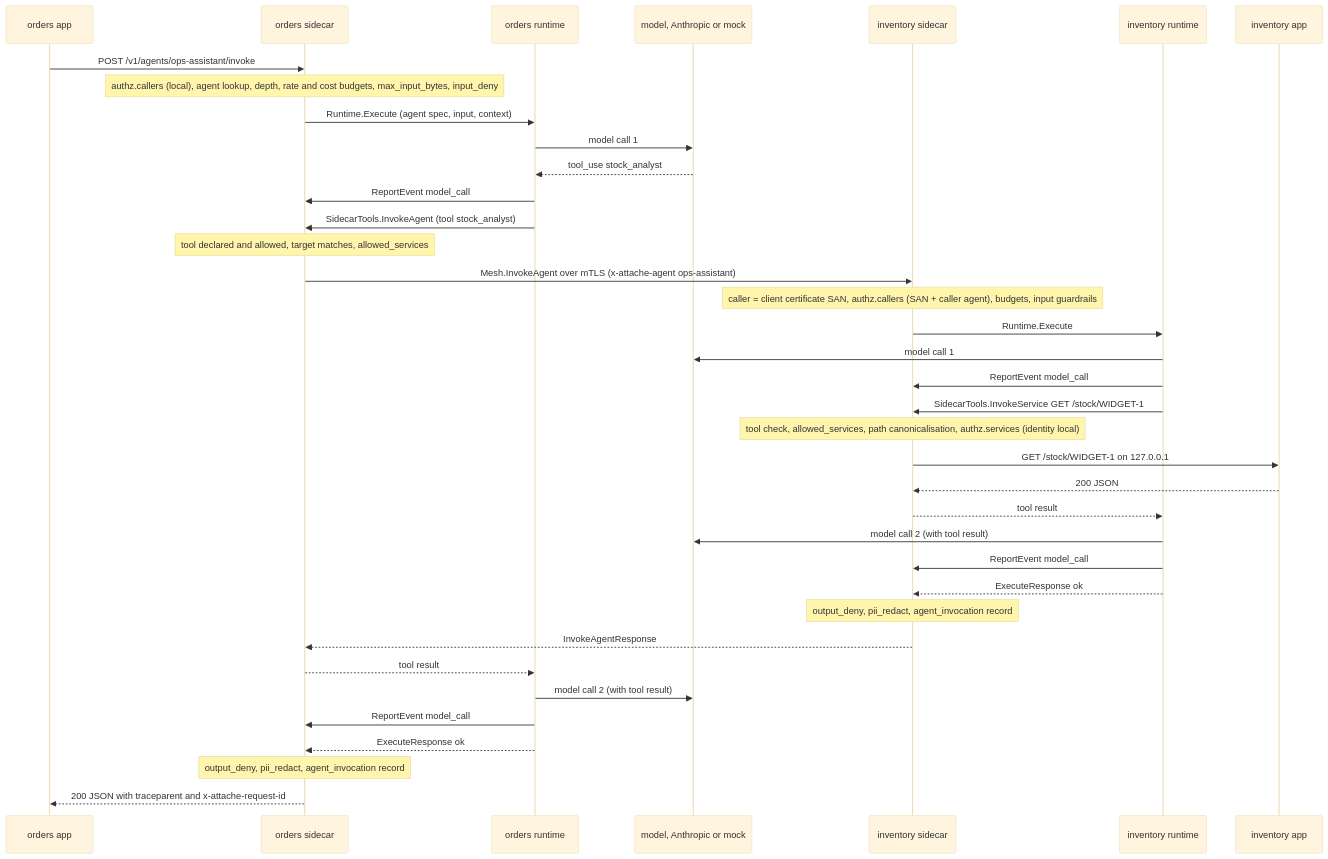
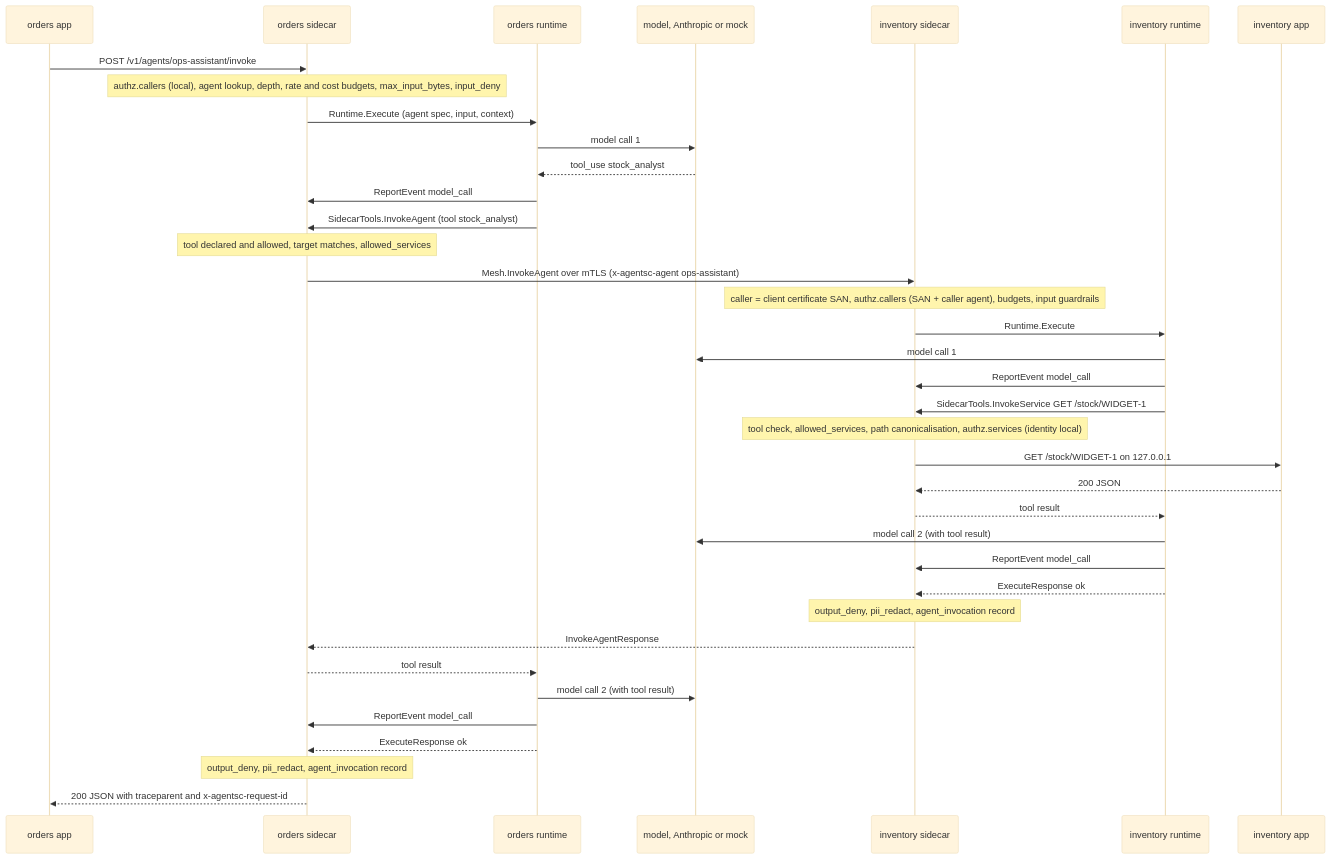
The second of 4 diagrams in docs/architecture.md (f8fvwgzc/agent-sidecar), drawn with Mermaid (base theme) before and after one commit. The commit also changed other lines of this file and 365 other files, not shown here.

First line of the commit message:
Rename attache to agentsc (agent-sidecar) everywhere

````diff
--- a/docs/architecture.md
+++ b/docs/architecture.md
@@ -196,40 +196,40 @@
 ```mermaid
 sequenceDiagram
   participant App as orders app
   participant OS as orders sidecar
   participant OR as orders runtime
   participant LLM as model, Anthropic or mock
   participant IS as inventory sidecar
   participant IR as inventory runtime
   participant IA as inventory app
 
   App->>OS: POST /v1/agents/ops-assistant/invoke
   Note over OS: authz.callers (local), agent lookup, depth, rate and cost budgets, max_input_bytes, input_deny
   OS->>OR: Runtime.Execute (agent spec, input, context)
   OR->>LLM: model call 1
   LLM-->>OR: tool_use stock_analyst
   OR->>OS: ReportEvent model_call
   OR->>OS: SidecarTools.InvokeAgent (tool stock_analyst)
   Note over OS: tool declared and allowed, target matches, allowed_services
-  OS->>IS: Mesh.InvokeAgent over mTLS (x-attache-agent ops-assistant)
+  OS->>IS: Mesh.InvokeAgent over mTLS (x-agentsc-agent ops-assistant)
   Note over IS: caller = client certificate SAN, authz.callers (SAN + caller agent), budgets, input guardrails
   IS->>IR: Runtime.Execute
   IR->>LLM: model call 1
   IR->>IS: ReportEvent model_call
   IR->>IS: SidecarTools.InvokeService GET /stock/WIDGET-1
   Note over IS: tool check, allowed_services, path canonicalisation, authz.services (identity local)
   IS->>IA: GET /stock/WIDGET-1 on 127.0.0.1
   IA-->>IS: 200 JSON
   IS-->>IR: tool result
   IR->>LLM: model call 2 (with tool result)
   IR->>IS: ReportEvent model_call
   IR-->>IS: ExecuteResponse ok
   Note over IS: output_deny, pii_redact, agent_invocation record
   IS-->>OS: InvokeAgentResponse
   OS-->>OR: tool result
   OR->>LLM: model call 2 (with tool result)
   OR->>OS: ReportEvent model_call
   OR-->>OS: ExecuteResponse ok
   Note over OS: output_deny, pii_redact, agent_invocation record
-  OS-->>App: 200 JSON with traceparent and x-attache-request-id
+  OS-->>App: 200 JSON with traceparent and x-agentsc-request-id
 ```
````
